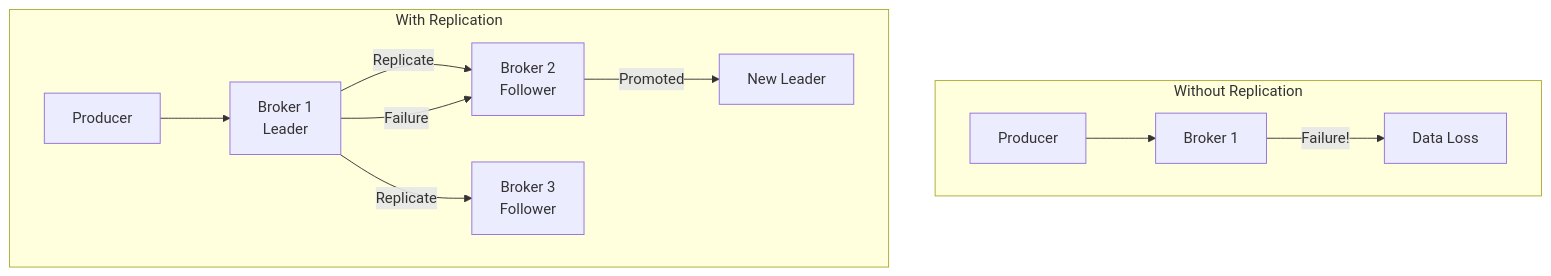
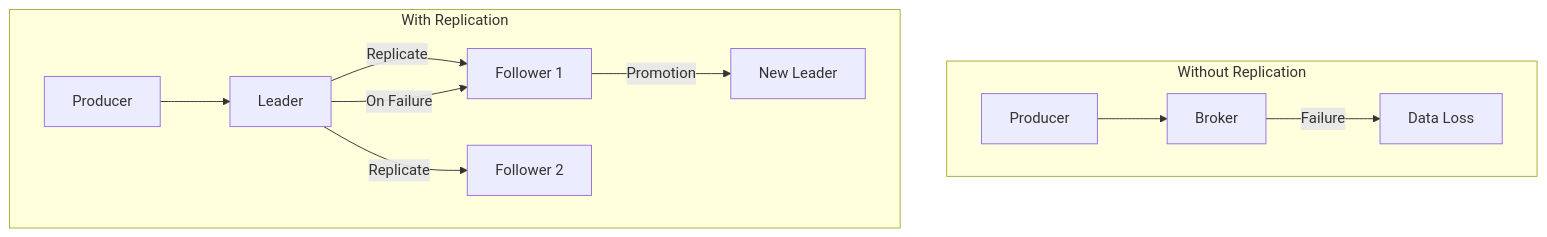
The first of 2 diagrams in content/en/docs/kafka/concepts/replication.md (advanced-beginner/advanced-beginner.github.io), drawn with Mermaid before and after one commit. The commit also changed other lines of this file and 7 other files, not shown here.

````diff
--- a/content/en/docs/kafka/concepts/replication.md
+++ b/content/en/docs/kafka/concepts/replication.md
@@ -15,15 +35,15 @@
 ```mermaid
 flowchart TB
-    subgraph Problem["Without Replication"]
-        P1[Producer] --> B1[Broker 1]
-        B1 -->|Failure!| X[Data Loss]
+    subgraph Without["Without Replication"]
+        P1[Producer] --> B1[Broker]
+        B1 -->|Failure| X[Data Loss]
     end
 
-    subgraph Solution["With Replication"]
-        P2[Producer] --> B2[Broker 1<br>Leader]
-        B2 -->|Replicate| B3[Broker 2<br>Follower]
-        B2 -->|Replicate| B4[Broker 3<br>Follower]
-        B2 -->|Failure| B3
-        B3 -->|Promoted| B3L[New Leader]
+    subgraph With["With Replication"]
+        P2[Producer] --> L[Leader]
+        L -->|Replicate| F1[Follower 1]
+        L -->|Replicate| F2[Follower 2]
+        L -->|On Failure| F1
+        F1 -->|Promotion| NL[New Leader]
     end
 ```
````
